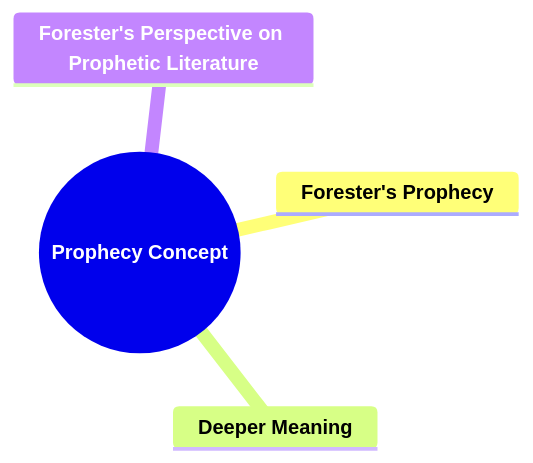
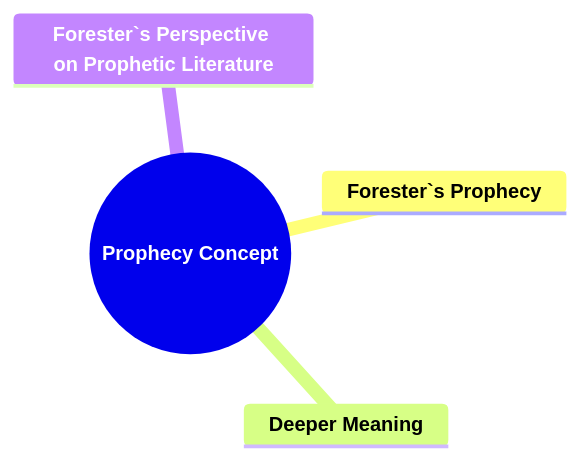
Before and after one commit to leechseed/_setsunadev: the first of 22 diagrams in _1_PRE-ALPHA_BUILD_CODENAME_BELLE/key_figures_RC3/STRUCTURE/TACIT/3forsterpc_prophecy_concept_forster.md, drawn with Mermaid. The commit also changed 5 other files, not shown here.

````diff
--- a/_1_PRE-ALPHA_BUILD_CODENAME_BELLE/key_figures_RC3/STRUCTURE/TACIT/3forsterpc_prophecy_concept_forster.md
+++ b/_1_PRE-ALPHA_BUILD_CODENAME_BELLE/key_figures_RC3/STRUCTURE/TACIT/3forsterpc_prophecy_concept_forster.md
@@ -48,7 +48,7 @@
 ```mermaid
 mindmap
   root((**Prophecy Concept**))
-    **Forester's Prophecy**
+    **Forester`s Prophecy**
     **Deeper Meaning**
-    **Forester's Perspective on Prophetic Literature**
+    **Forester`s Perspective on Prophetic Literature**
 ```
````
